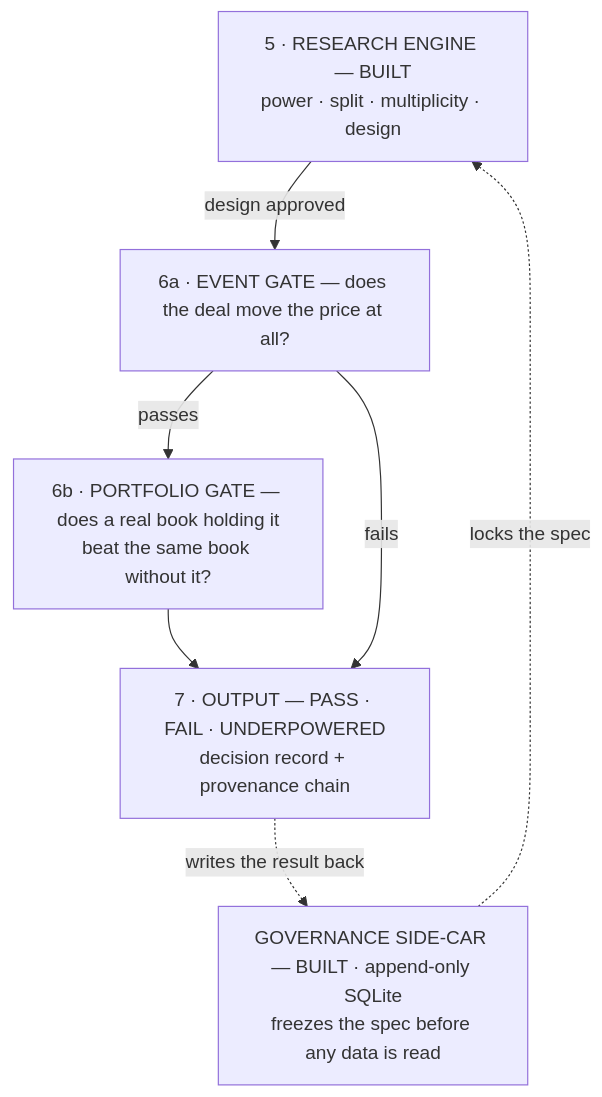
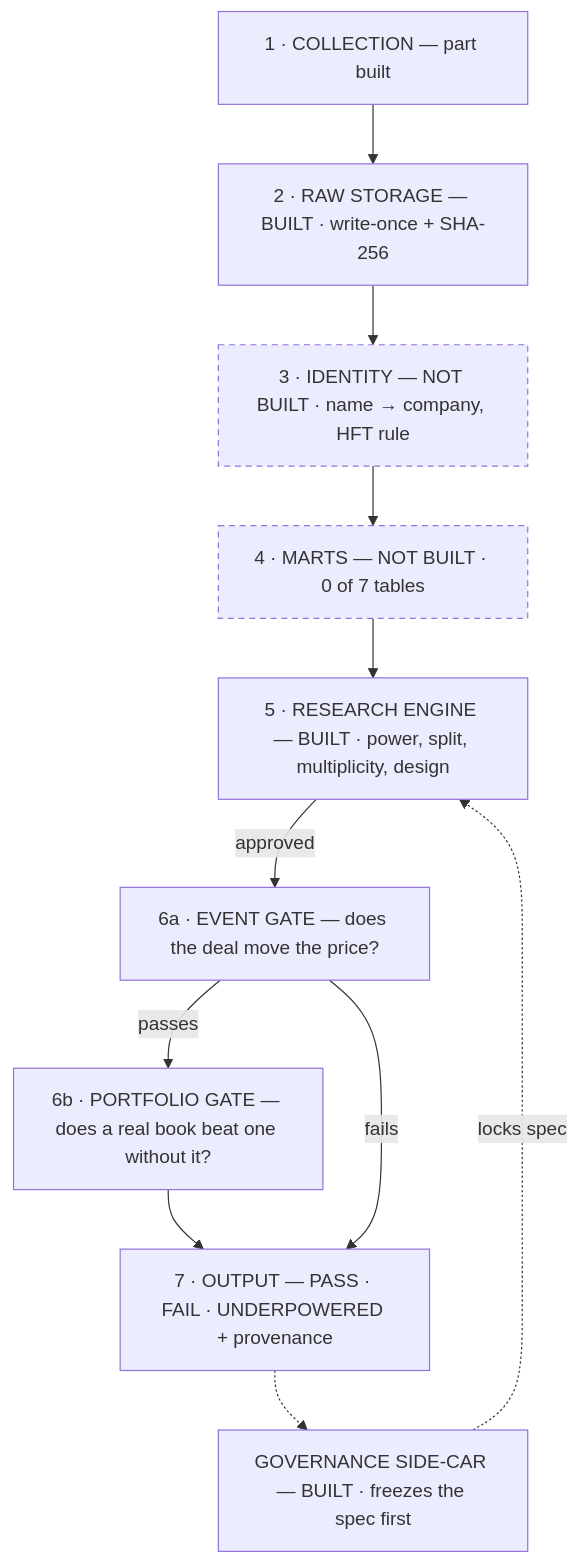
Before and after one commit to markandeyavarma3-lab/MICC_V3: the second of 4 diagrams in docs/report/PROJECT_REPORT.md, drawn with Mermaid. The commit also changed other lines of this file and 3 other files, not shown here.

First line of the commit message:
report: size the diagrams for the reader, not just the pixel count

````diff
--- a/docs/report/PROJECT_REPORT.md
+++ b/docs/report/PROJECT_REPORT.md
@@ -697,15 +649,22 @@
 ```mermaid
 flowchart TB
-  R["5 · RESEARCH ENGINE — BUILT<br/>power · split · multiplicity · design"]
-  G1["6a · EVENT GATE — does the deal move the price at all?"]
-  G2["6b · PORTFOLIO GATE — does a real book holding it<br/>beat the same book without it?"]
-  O["7 · OUTPUT — PASS · FAIL · UNDERPOWERED<br/>decision record + provenance chain"]
-  GOV["GOVERNANCE SIDE-CAR — BUILT · append-only SQLite<br/>freezes the spec before any data is read"]
+  C["1 · COLLECTION — part built"]
+  S["2 · RAW STORAGE — BUILT · write-once + SHA-256"]
+  I["3 · IDENTITY — NOT BUILT · name → company, HFT rule"]
+  M["4 · MARTS — NOT BUILT · 0 of 7 tables"]
+  R["5 · RESEARCH ENGINE — BUILT · power, split, multiplicity, design"]
+  G1["6a · EVENT GATE — does the deal move the price?"]
+  G2["6b · PORTFOLIO GATE — does a real book beat one without it?"]
+  O["7 · OUTPUT — PASS · FAIL · UNDERPOWERED + provenance"]
+  GOV["GOVERNANCE SIDE-CAR — BUILT · freezes the spec first"]
 
-  R -->|"design approved"| G1
-  G1 -->|"passes"| G2
-  G2 --> O
+  C --> S --> I --> M --> R
+  R -->|"approved"| G1
+  G1 -->|"passes"| G2 --> O
   G1 -->|"fails"| O
-  GOV -.->|"locks the spec"| R
-  O -.->|"writes the result back"| GOV
+  GOV -.->|"locks spec"| R
+  O -.-> GOV
+
+  classDef pending stroke-dasharray:5 4
+  class I,M pending
 ```
````
